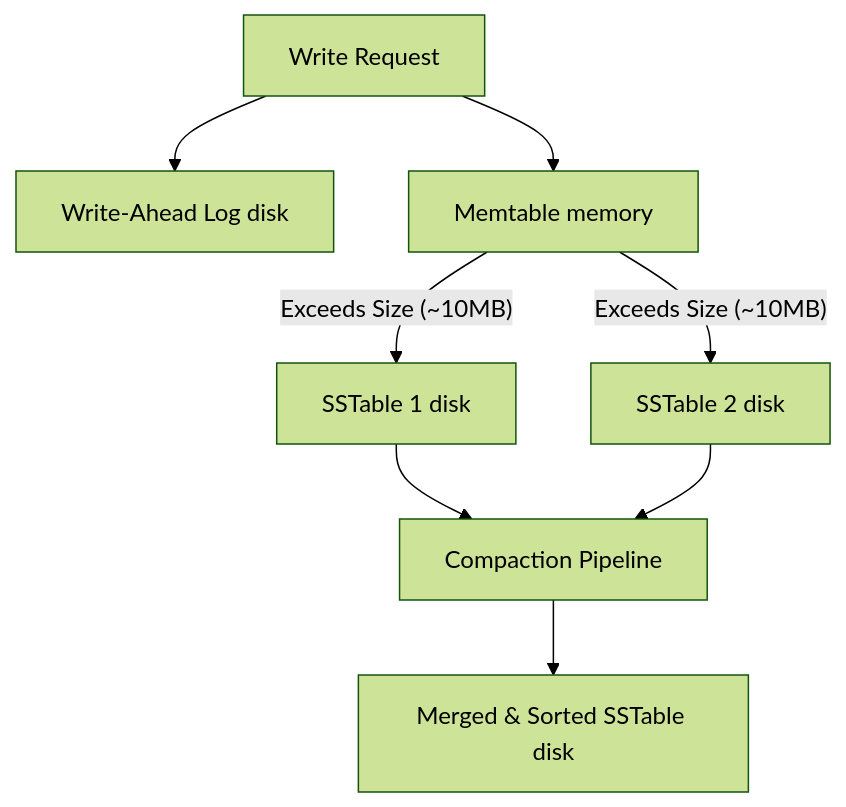
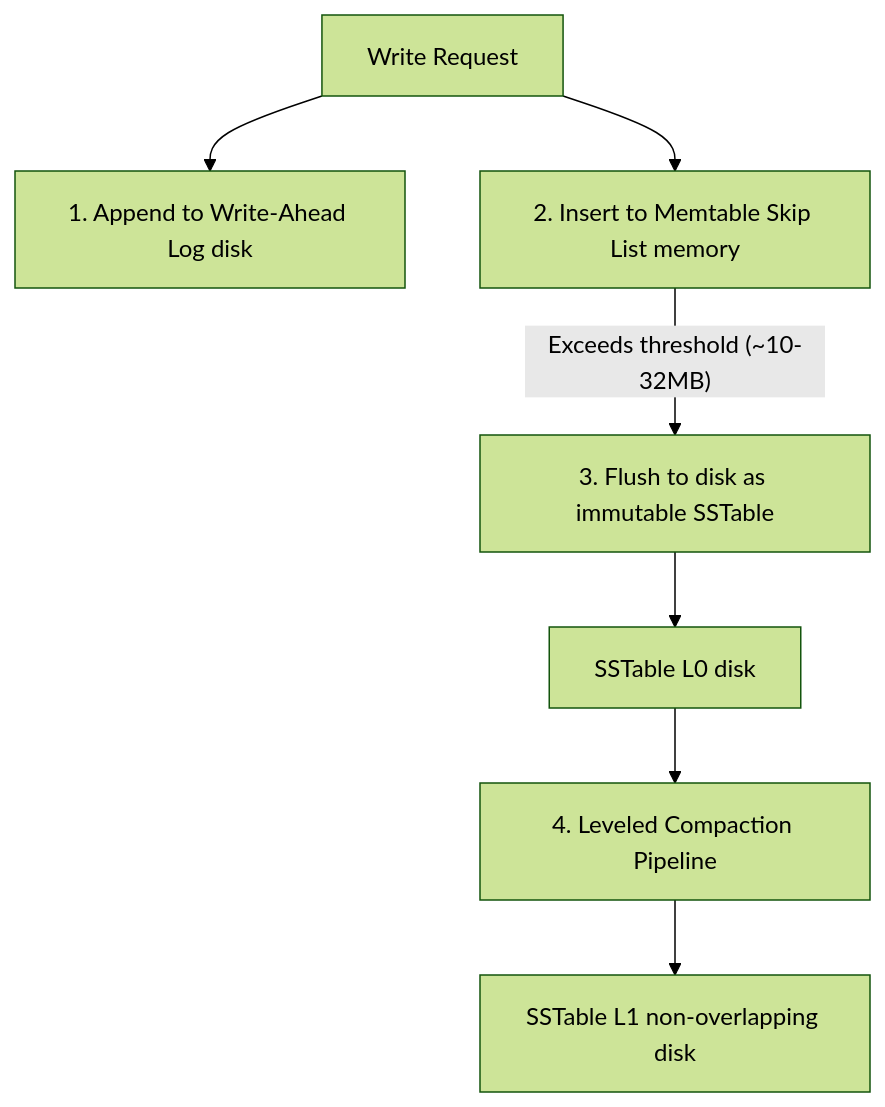
One commit to fredLuv/ddia-gitbook changed the first of 2 diagrams in chapters/ch3_storage.md. Above: the diagram before and after it, drawn with Mermaid (forest theme). The commit also changed other lines of this file and 1 other file, not shown here.

````diff
--- a/chapters/ch3_storage.md
+++ b/chapters/ch3_storage.md
@@ -31,10 +25,9 @@
 ```mermaid
 graph TD
-    Write[Write Request] --> WAL[Write-Ahead Log disk]
-    Write --> Mem[Memtable memory]
-    Mem -- "Exceeds Size (~10MB)" --> SST1[SSTable 1 disk]
-    Mem -- "Exceeds Size (~10MB)" --> SST2[SSTable 2 disk]
-    SST1 --> Comp[Compaction Pipeline]
-    SST2 --> Comp
-    Comp --> Merged[Merged & Sorted SSTable disk]
+    Write[Write Request] --> WAL[1. Append to Write-Ahead Log disk]
+    Write --> Memtable[2. Insert to Memtable Skip List memory]
+    Memtable -- "Exceeds threshold (~10-32MB)" --> Flush[3. Flush to disk as immutable SSTable]
+    Flush --> SST1[SSTable L0 disk]
+    SST1 --> Compaction[4. Leveled Compaction Pipeline]
+    Compaction --> SST2[SSTable L1 non-overlapping disk]
 ```
````
